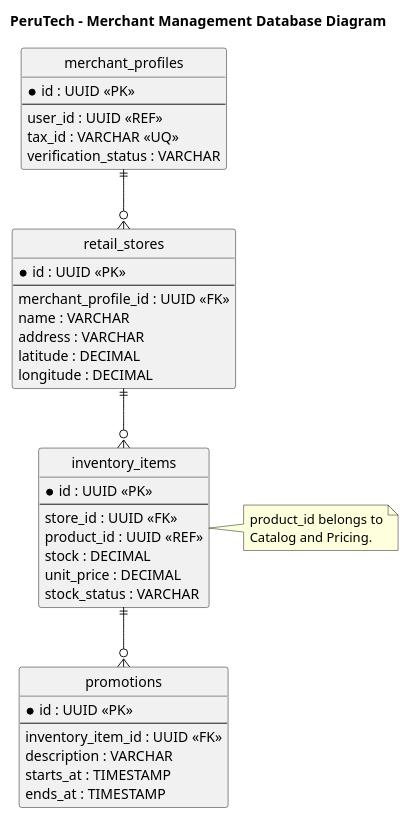
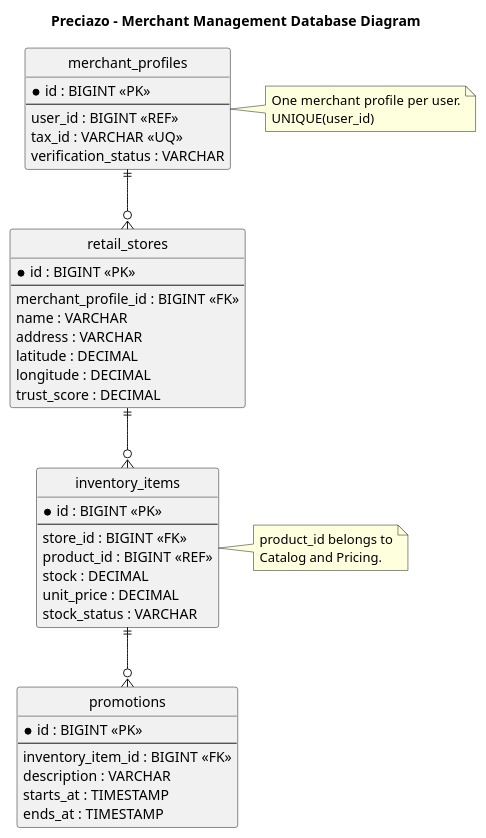
One commit to Open-Source-1ASI0729-2620-7750/PeruTech-Report changed the diagram in docs/architecture/database/merchant-management.puml. Above: the diagram before and after it, drawn with PlantUML. The commit also changed 30 other files, not shown here.

Commit message:
docs(architecture): use numeric database identifiers

```diff
--- a/docs/architecture/database/merchant-management.puml
+++ b/docs/architecture/database/merchant-management.puml
@@ -1,54 +1,60 @@
-@startuml PeruTech_DB_Merchant_Management
+@startuml Preciazo_DB_Merchant_Management
 
-title PeruTech - Merchant Management Database Diagram
+title Preciazo - Merchant Management Database Diagram
 
 hide circle
 skinparam linetype ortho
 
 entity merchant_profiles {
-    * id : UUID <<PK>>
+    * id : BIGINT <<PK>>
     --
-    user_id : UUID <<REF>>
+    user_id : BIGINT <<REF>>
     tax_id : VARCHAR <<UQ>>
     verification_status : VARCHAR
 }
 
 entity retail_stores {
-    * id : UUID <<PK>>
+    * id : BIGINT <<PK>>
     --
-    merchant_profile_id : UUID <<FK>>
+    merchant_profile_id : BIGINT <<FK>>
     name : VARCHAR
     address : VARCHAR
     latitude : DECIMAL
     longitude : DECIMAL
+    trust_score : DECIMAL
 }
 
 entity inventory_items {
-    * id : UUID <<PK>>
+    * id : BIGINT <<PK>>
     --
-    store_id : UUID <<FK>>
-    product_id : UUID <<REF>>
+    store_id : BIGINT <<FK>>
+    product_id : BIGINT <<REF>>
     stock : DECIMAL
     unit_price : DECIMAL
     stock_status : VARCHAR
 }
 
 entity promotions {
-    * id : UUID <<PK>>
+    * id : BIGINT <<PK>>
     --
-    inventory_item_id : UUID <<FK>>
+    inventory_item_id : BIGINT <<FK>>
     description : VARCHAR
     starts_at : TIMESTAMP
     ends_at : TIMESTAMP
 }
 
 merchant_profiles ||--o{ retail_stores
 retail_stores ||--o{ inventory_items
 inventory_items ||--o{ promotions
 
 note right of inventory_items
   product_id belongs to
   Catalog and Pricing.
 end note
 
+note right of merchant_profiles
+  One merchant profile per user.
+  UNIQUE(user_id)
+end note
+
 @enduml
```
